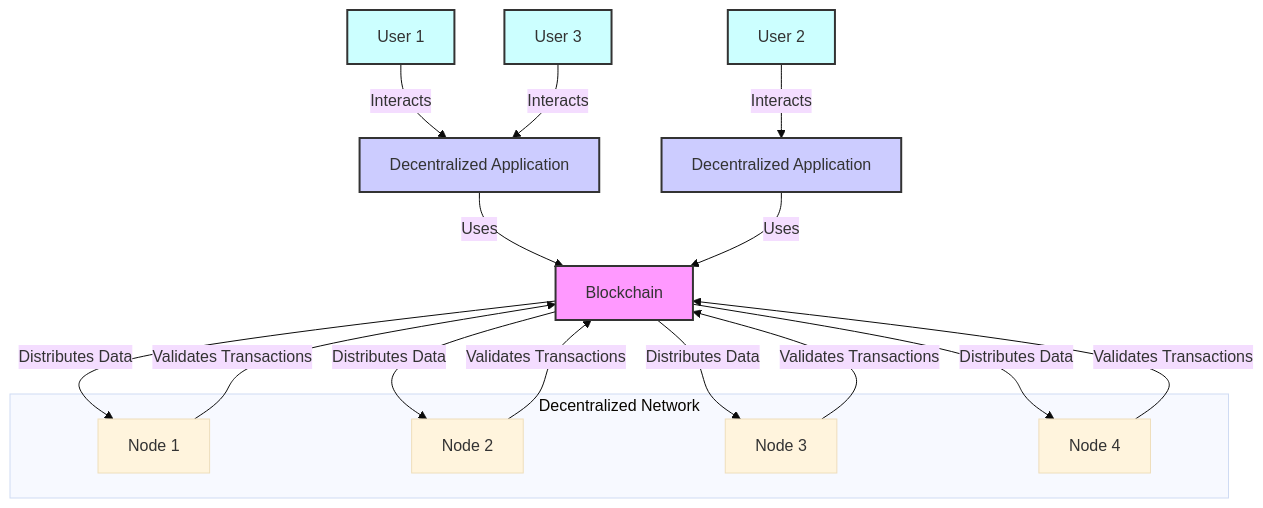
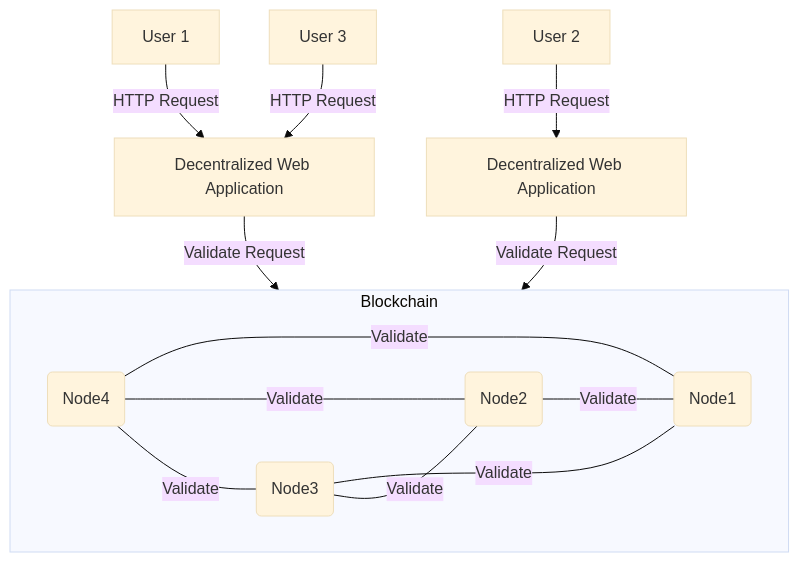
One commit to cesarsotovalero/cesarsotovalero.github.io changed the ninth of 10 diagrams in _posts/2024/2024-01-12-the-evolution-of-the-web-from-html-to-webassembly.md. Above: the diagram before and after it, drawn with Mermaid. The commit also changed other lines of this file and 1 other file, not shown here.

````diff
--- a/_posts/2024/2024-01-12-the-evolution-of-the-web-from-html-to-webassembly.md
+++ b/_posts/2024/2024-01-12-the-evolution-of-the-web-from-html-to-webassembly.md
@@ -591,34 +599,25 @@
 ```mermaid
 %%{init: {'theme':'base'}}%%
 graph TD
-User1[User 1] -->|Interacts| dApp1[Decentralized Application]
-User2[User 2] -->|Interacts| dApp2[Decentralized Application]
-User3[User 3] -->|Interacts| dApp1
+User1[User 1] -->|HTTP Request| dApp1[Decentralized Web Application]
+User2[User 2] -->|HTTP Request| dApp2[Decentralized Web Application]
+User3[User 3] -->|HTTP Request| dApp1
 
-    dApp1 -->|Uses| BC[Blockchain]
-    dApp2 -->|Uses| BC
+subgraph "Blockchain"
+    direction RL 
+    Node1(Node1)
+    Node2(Node2)
+    Node3(Node3)
+    Node4(Node4)
 
-    BC -->|Distributes Data| Node1[Node 1]
-    BC -->|Distributes Data| Node2[Node 2]
-    BC -->|Distributes Data| Node3[Node 3]
-    BC -->|Distributes Data| Node4[Node 4]
+    Node1 -- Validate --- Node2
+    Node1 -- Validate --- Node3
+    Node1 -- Validate --- Node4
+    Node2 -- Validate --- Node3
+    Node2 -- Validate --- Node4
+    Node3 -- Validate --- Node4
+end    
 
-    Node1 -->|Validates Transactions| BC
-    Node2 -->|Validates Transactions| BC
-    Node3 -->|Validates Transactions| BC
-    Node4 -->|Validates Transactions| BC
-
-    subgraph "Decentralized Network"
-    Node1
-    Node2
-    Node3
-    Node4
-    end
-
-    style BC fill:#f9f,stroke:#333,stroke-width:2px
-    style dApp1 fill:#ccf,stroke:#333,stroke-width:2px
-    style dApp2 fill:#ccf,stroke:#333,stroke-width:2px
-    style User1 fill:#cff,stroke:#333,stroke-width:2px
-    style User2 fill:#cff,stroke:#333,stroke-width:2px
-    style User3 fill:#cff,stroke:#333,stroke-width:2px
+dApp1 -->|Validate Request| Node1
+dApp2 -->|Validate Request| Node2
 ```
````
